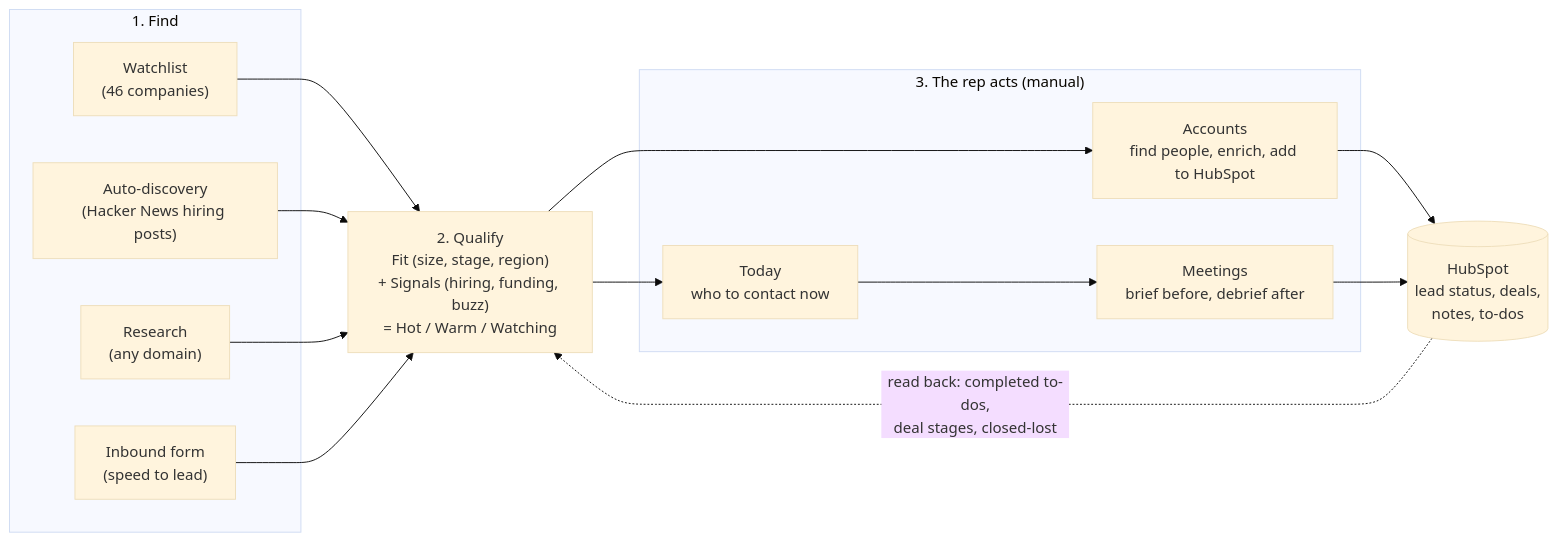
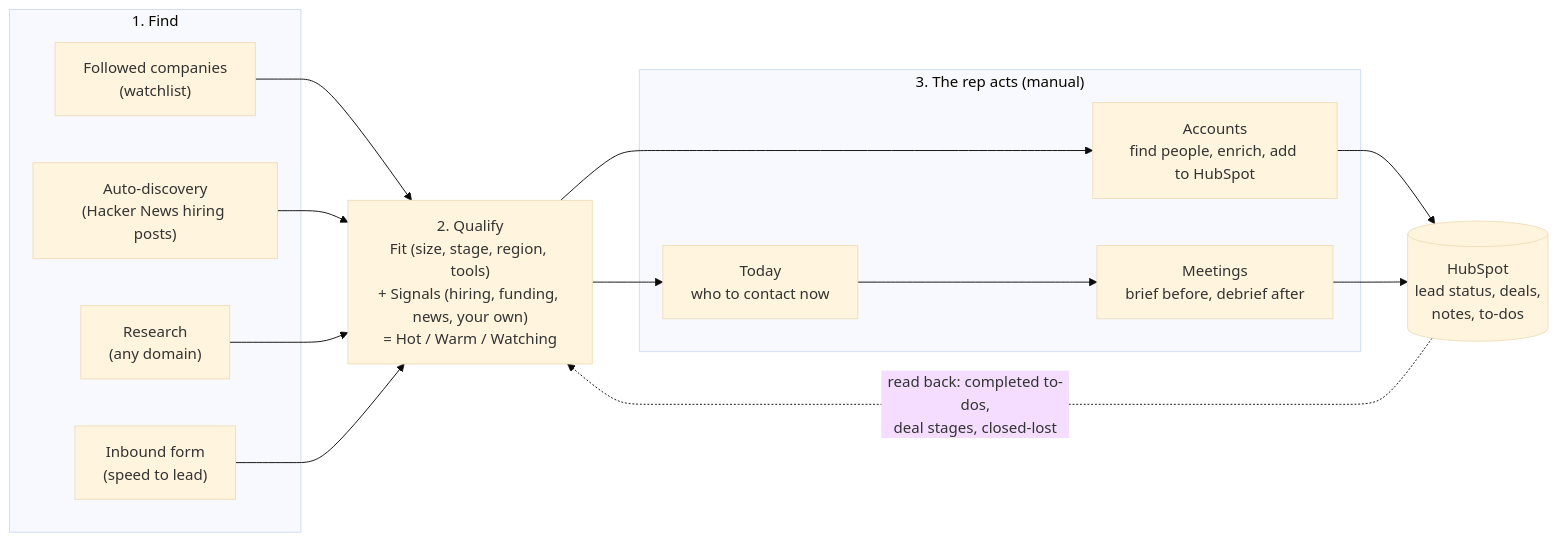
The diagram in README.md (rudrat04/gtm-copilot), drawn with Mermaid (base theme) before and after one commit. The commit also changed other lines of this file and 21 other files, not shown here.

````diff
--- a/README.md
+++ b/README.md
@@ -15,26 +19,26 @@
 ```mermaid
 flowchart LR
   subgraph FIND["1. Find"]
-    W["Watchlist<br/>(46 companies)"]
+    W["Followed companies<br/>(watchlist)"]
     D["Auto-discovery<br/>(Hacker News hiring posts)"]
     R["Research<br/>(any domain)"]
     I["Inbound form<br/>(speed to lead)"]
   end
-  Q["2. Qualify<br/>Fit (size, stage, region)<br/>+ Signals (hiring, funding, buzz)<br/>= Hot / Warm / Watching"]
+  Q["2. Qualify<br/>Fit (size, stage, region, tools)<br/>+ Signals (hiring, funding, news, your own)<br/>= Hot / Warm / Watching"]
   subgraph ACT["3. The rep acts (manual)"]
     T["Today<br/>who to contact now"]
     A["Accounts<br/>find people, enrich, add to HubSpot"]
     M["Meetings<br/>brief before, debrief after"]
   end
   H[("HubSpot<br/>lead status, deals,<br/>notes, to-dos")]
   W --> Q
   D --> Q
   R --> Q
   I --> Q
   Q --> T
   Q --> A
   T --> M
   A --> H
   M --> H
   H -. "read back: completed to-dos,<br/>deal stages, closed-lost" .-> Q
 ```
````
